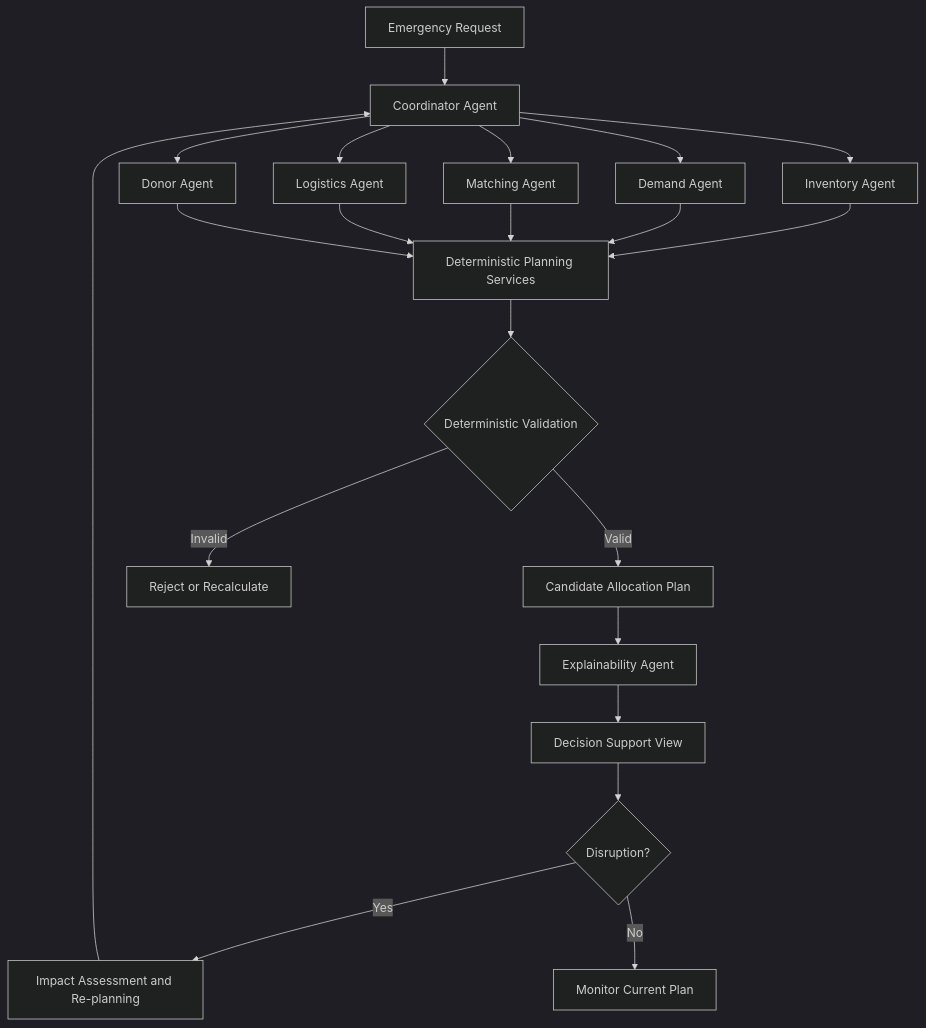
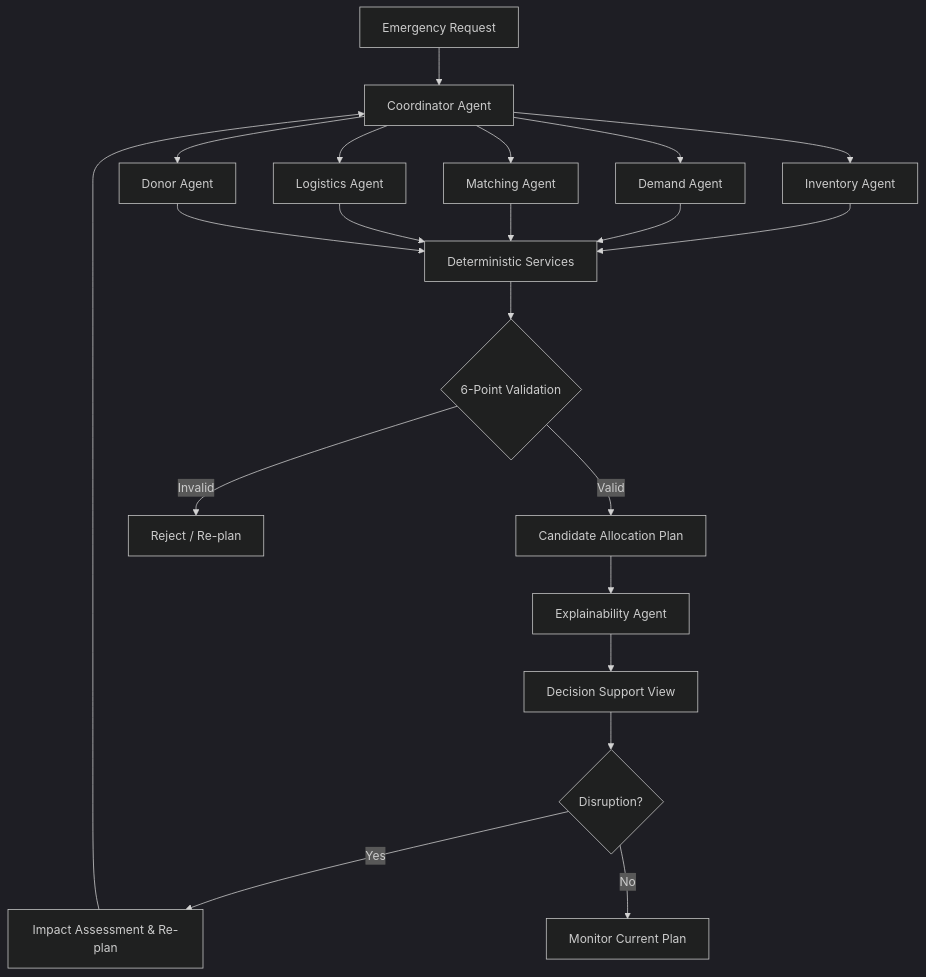
Before and after one commit to aayushh0-0/Rheon: the first of 2 diagrams in README.md, drawn with Mermaid (dark theme). The commit also changed other lines of this file, not shown here.

````diff
--- a/README.md
+++ b/README.md
@@ -131,23 +85,22 @@
-``` mermaid
+```mermaid
 flowchart TD
     A[Emergency Request] --> B[Coordinator Agent]
     B --> C[Inventory Agent]
     B --> D[Demand Agent]
     B --> E[Matching Agent]
     B --> F[Logistics Agent]
     B --> G[Donor Agent]
-    C --> H[Deterministic Planning Services]
-    D --> H
-    E --> H
-    F --> H
-    G --> H
-    H --> I{Deterministic Validation}
+    
+    C & D & E & F & G --> H[Deterministic Services]
+    H --> I{6-Point Validation}
+    
     I -- Valid --> J[Candidate Allocation Plan]
-    I -- Invalid --> K[Reject or Recalculate]
+    I -- Invalid --> K[Reject / Re-plan]
+    
     J --> L[Explainability Agent]
     L --> M[Decision Support View]
     M --> N{Disruption?}
-    N -- Yes --> O[Impact Assessment and Re-planning]
+    N -- Yes --> O[Impact Assessment & Re-plan]
     O --> B
     N -- No --> P[Monitor Current Plan]
 ```
````
